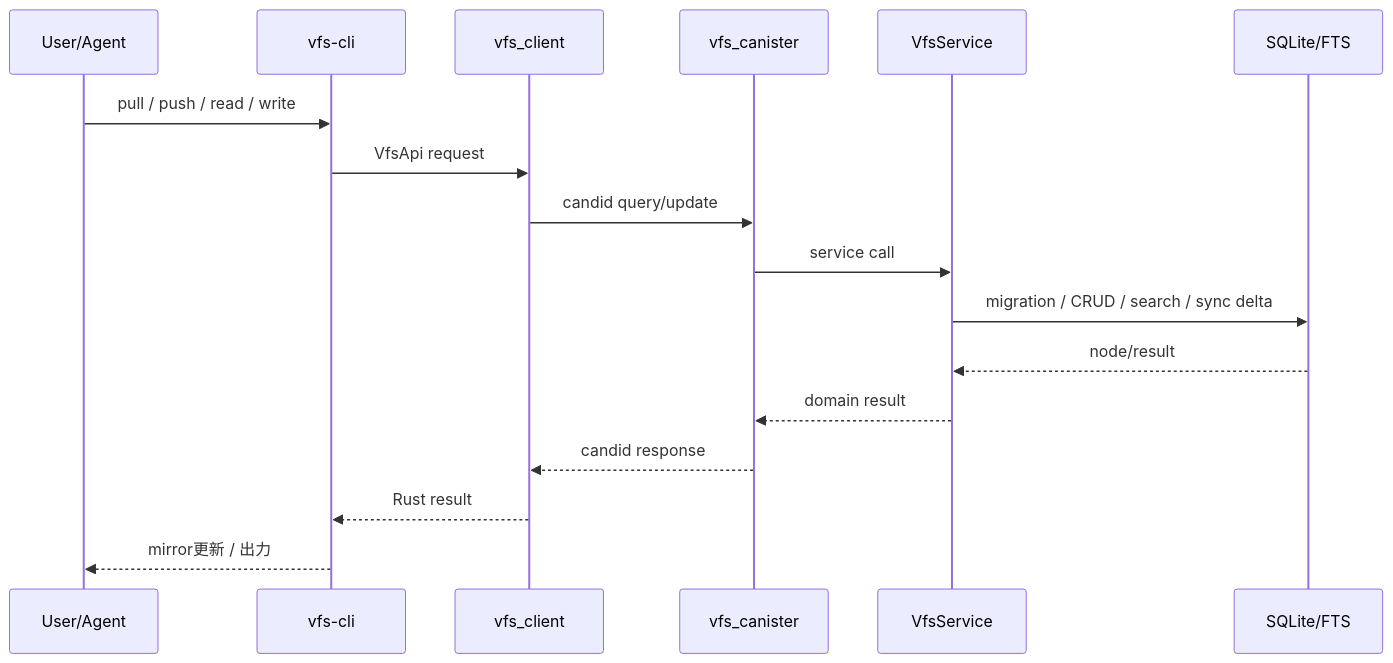
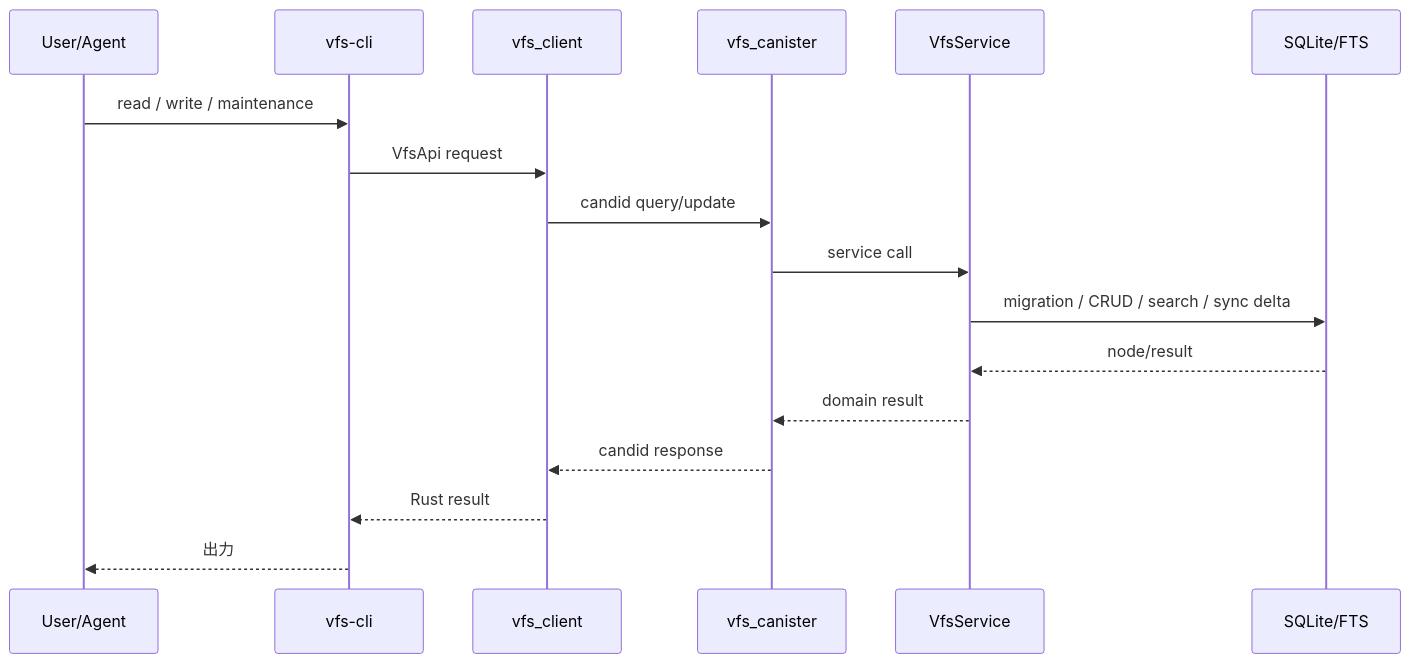
Before and after one commit to humandebri/kinic-wiki: the second of 2 diagrams in docs/internal/LLM_WIKI_STRUCTURE.md, drawn with Mermaid. The commit also changed other lines of this file and 50 other files, not shown here.

Commit message:
Fix CLI identity handling and source clip save flow

````diff
--- a/docs/internal/LLM_WIKI_STRUCTURE.md
+++ b/docs/internal/LLM_WIKI_STRUCTURE.md
@@ -148,20 +144,20 @@
 ```mermaid
 sequenceDiagram
     participant U as User/Agent
     participant CLI as vfs-cli
     participant C as vfs_client
     participant CAN as vfs_canister
     participant SVC as VfsService
     participant DB as SQLite/FTS
 
-    U->>CLI: pull / push / read / write
+    U->>CLI: read / write / maintenance
     CLI->>C: VfsApi request
     C->>CAN: candid query/update
     CAN->>SVC: service call
     SVC->>DB: migration / CRUD / search / sync delta
     DB-->>SVC: node/result
     SVC-->>CAN: domain result
     CAN-->>C: candid response
     C-->>CLI: Rust result
-    CLI-->>U: mirror更新 / 出力
+    CLI-->>U: 出力
 ```
````
